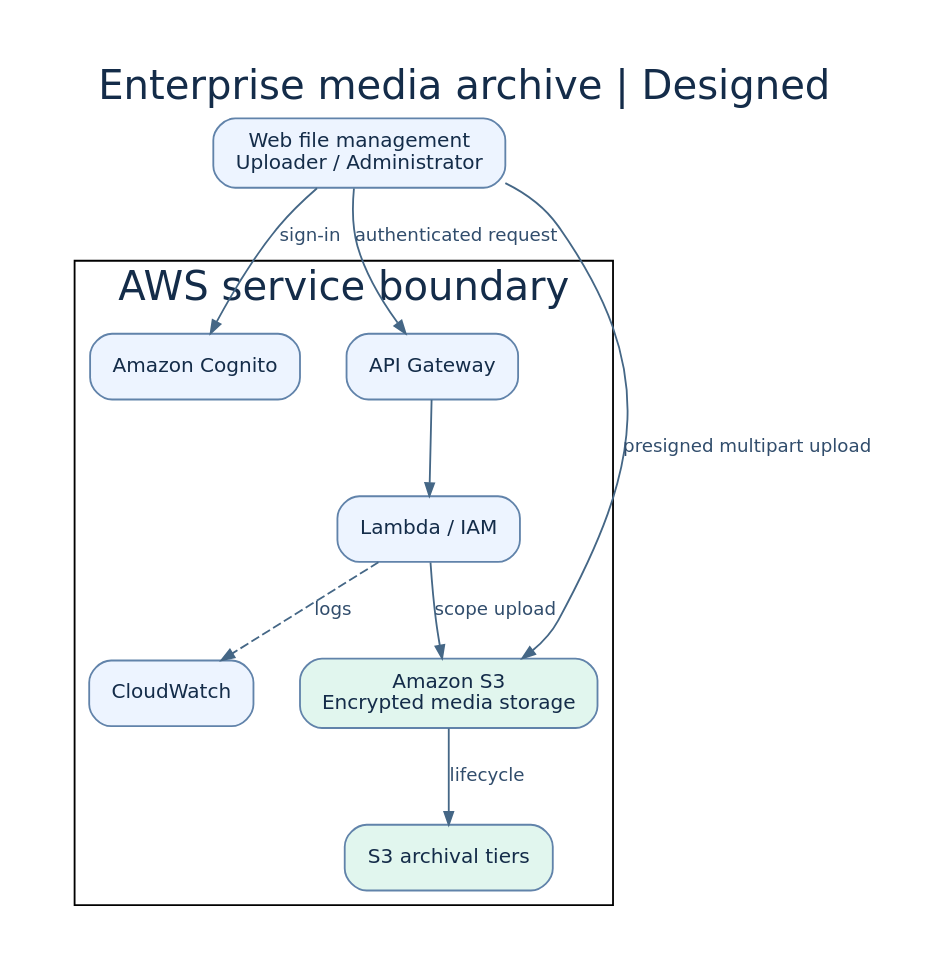
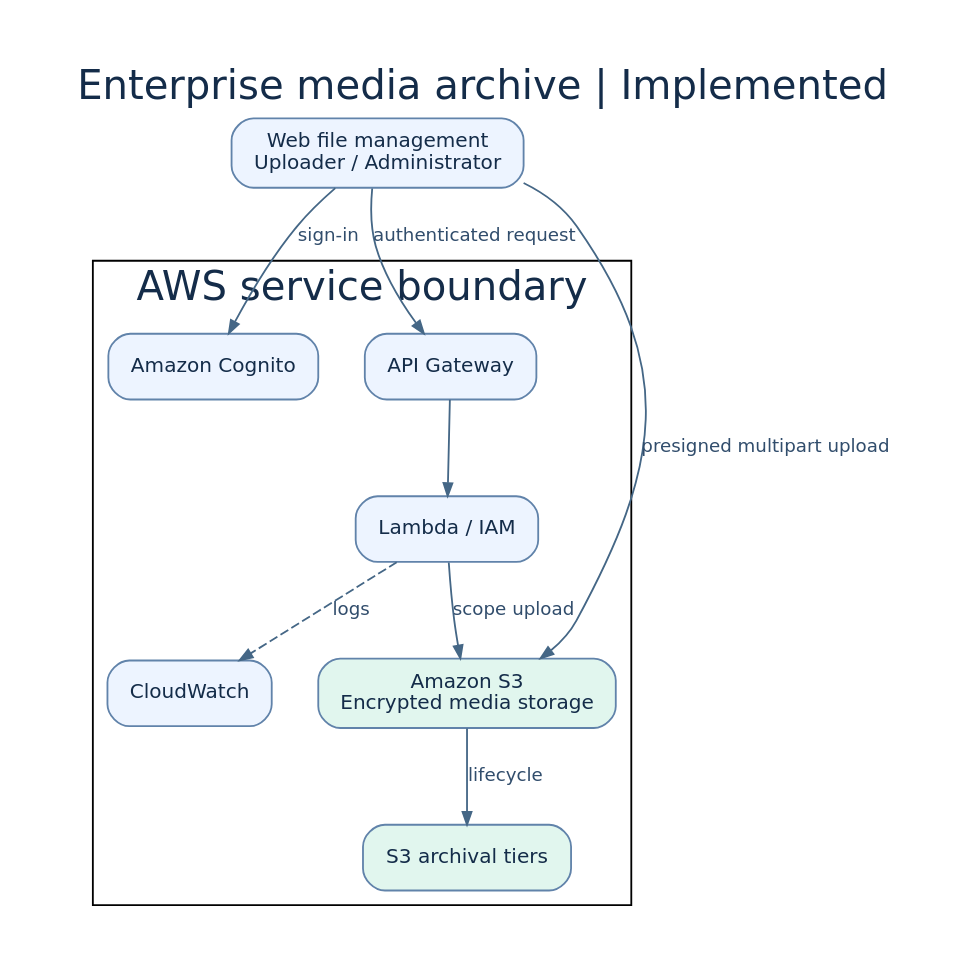
Before and after one commit to hlomphi/aws-cloud-portfolio: the diagram in diagrams/project-2-architecture.dot, drawn with Graphviz.

Commit message:
Align media archive implementation status

```diff
--- a/diagrams/project-2-architecture.dot
+++ b/diagrams/project-2-architecture.dot
@@ -1,16 +1,16 @@
 digraph Architecture {
- graph [rankdir=TB, bgcolor="#ffffff", fontname="DejaVu Sans", fontsize=22, fontcolor="#142c49", labelloc=t, pad=0.35, nodesep=0.35, ranksep=0.58, compound=true, label="Enterprise media archive | Designed"];
+ graph [rankdir=TB, bgcolor="#ffffff", fontname="DejaVu Sans", fontsize=22, fontcolor="#142c49", labelloc=t, pad=0.35, nodesep=0.35, ranksep=0.58, compound=true, label="Enterprise media archive | Implemented"];
  node [shape=box, style="rounded,filled", fillcolor="#edf4ff", color="#6183aa", fontcolor="#142c49", fontname="DejaVu Sans", fontsize=11, margin="0.16,0.10"];
  edge [color="#456786", fontcolor="#314d6c", fontname="DejaVu Sans", fontsize=10, arrowsize=0.7];
 
 browser [label="Web file management
 Uploader / Administrator"];
 subgraph cluster_aws {
  label="AWS service boundary";
  auth [label="Amazon Cognito"]; api [label="API Gateway"]; fn [label="Lambda / IAM"]; s3 [label="Amazon S3
 Encrypted media storage",fillcolor="#e1f6ee"]; tier [label="S3 archival tiers",fillcolor="#e1f6ee"]; cw [label="CloudWatch"];
  api -> fn; fn -> cw [label="logs",style=dashed]; fn -> s3 [label="scope upload"];
  s3 -> tier [label="lifecycle"];
 }
 browser -> auth [label="sign-in"]; browser -> api [label="authenticated request"]; browser -> s3 [label="presigned multipart upload"];
 }
```
